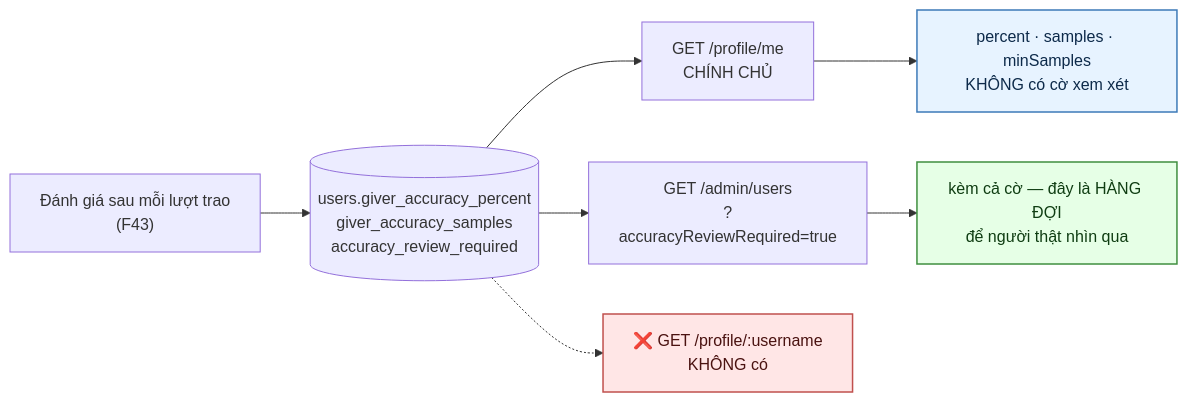
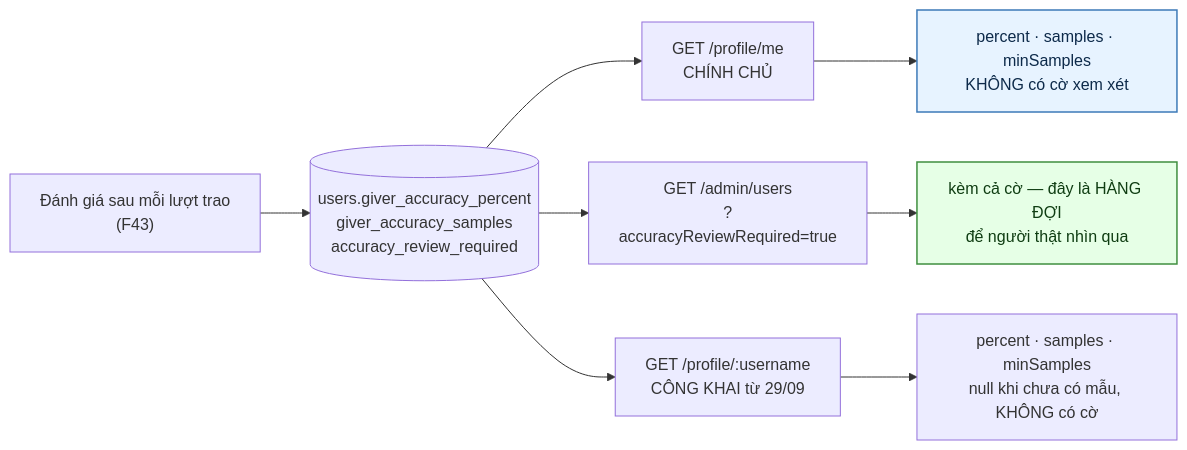
One commit to fdshn/trueheart changed the sixth of 6 diagrams in docs/diagram/02-profile.md. Above: the diagram before and after it, drawn with Mermaid. The commit also changed other lines of this file and 49 other files, not shown here.

````diff
--- a/docs/diagram/02-profile.md
+++ b/docs/diagram/02-profile.md
@@ -225,15 +231,15 @@
 ```mermaid
 flowchart LR
     A["Đánh giá sau mỗi lượt trao<br/>(F43)"] --> B[(users.giver_accuracy_percent<br/>giver_accuracy_samples<br/>accuracy_review_required)]
 
     B --> C["GET /profile/me<br/>CHÍNH CHỦ"]
     B --> D["GET /admin/users<br/>?accuracyReviewRequired=true"]
-    B -.-> E["❌ GET /profile/:username<br/>KHÔNG có"]
+    B --> E["GET /profile/:username<br/>CÔNG KHAI từ 29/09"]
 
     C --> C1["percent · samples · minSamples<br/>KHÔNG có cờ xem xét"]
     D --> D1["kèm cả cờ — đây là HÀNG ĐỢI<br/>để người thật nhìn qua"]
+    E --> E1["percent · samples · minSamples<br/>null khi chưa có mẫu, KHÔNG có cờ"]
 
-    style E fill:#ffe6e6,stroke:#c0504d,stroke-width:1.5px,color:#4a1210
     style C1 fill:#e7f3ff,stroke:#3d7ab8,stroke-width:1.5px,color:#0d2a4a
     style D1 fill:#e6ffe6,stroke:#3f8f3f,stroke-width:1.5px,color:#0f3d12
 ```
````
